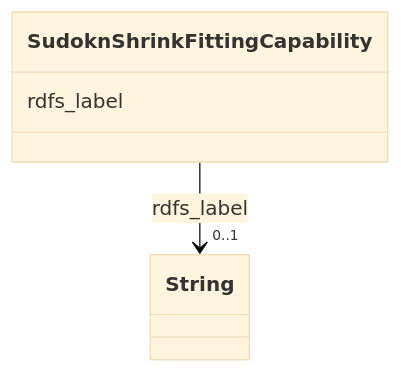
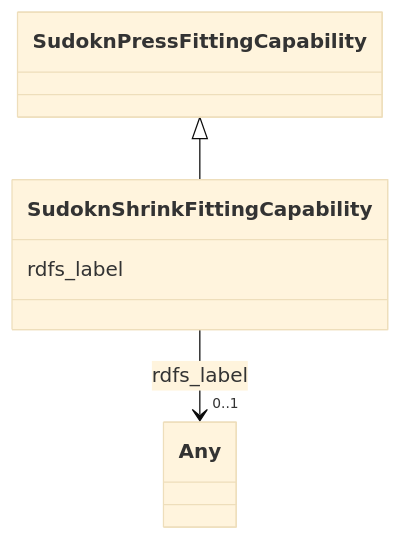
Before and after one commit to frink-okn/graph-descriptions: the diagram in sudokn-kg/classes/SudoknShrinkFittingCapability.md, drawn with Mermaid (base theme). The commit also changed other lines of this file and 903 other files, not shown here.

````diff
--- a/sudokn-kg/classes/SudoknShrinkFittingCapability.md
+++ b/sudokn-kg/classes/SudoknShrinkFittingCapability.md
@@ -23,15 +18,18 @@
 ```mermaid
  classDiagram
     class SudoknShrinkFittingCapability
     click SudoknShrinkFittingCapability href "../SudoknShrinkFittingCapability"
+      SudoknPressFittingCapability <|-- SudoknShrinkFittingCapability
+        click SudoknPressFittingCapability href "../SudoknPressFittingCapability"
+      
       SudoknShrinkFittingCapability : rdfs_label
         
           
     
     
-    SudoknShrinkFittingCapability --> "0..1" String : rdfs_label
-    click String href "../String"
+    SudoknShrinkFittingCapability --> "0..1" Any : rdfs_label
+    click Any href "../Any"
 
         
       
 ```
````
